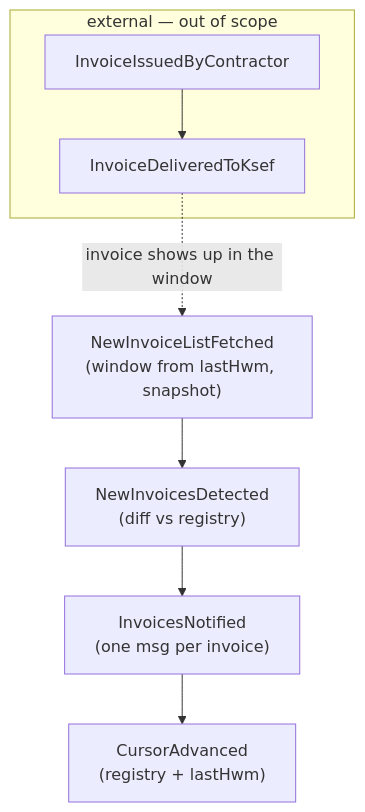
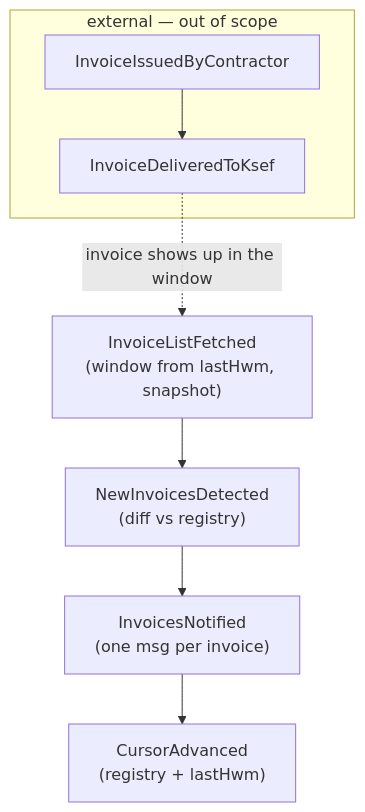
Before and after one commit to mmalessa/ksef-watcher: the diagram in docs/02_discover_big_picture.md, drawn with Mermaid. The commit also changed other lines of this file and 10 other files, not shown here.

````diff
--- a/docs/02_discover_big_picture.md
+++ b/docs/02_discover_big_picture.md
@@ -9,14 +9,14 @@
 ```mermaid
 flowchart TD
     subgraph EXT["external — out of scope"]
         IIC["InvoiceIssuedByContractor"] --> IDK["InvoiceDeliveredToKsef"]
     end
 
-    NILF["NewInvoiceListFetched<br/>(window from lastHwm, snapshot)"]
+    NILF["InvoiceListFetched<br/>(window from lastHwm, snapshot)"]
     NID["NewInvoicesDetected<br/>(diff vs registry)"]
     IN["InvoicesNotified<br/>(one msg per invoice)"]
     CA["CursorAdvanced<br/>(registry + lastHwm)"]
 
     IDK -.->|"invoice shows up in the window"| NILF
     NILF --> NID --> IN --> CA
 ```
````
